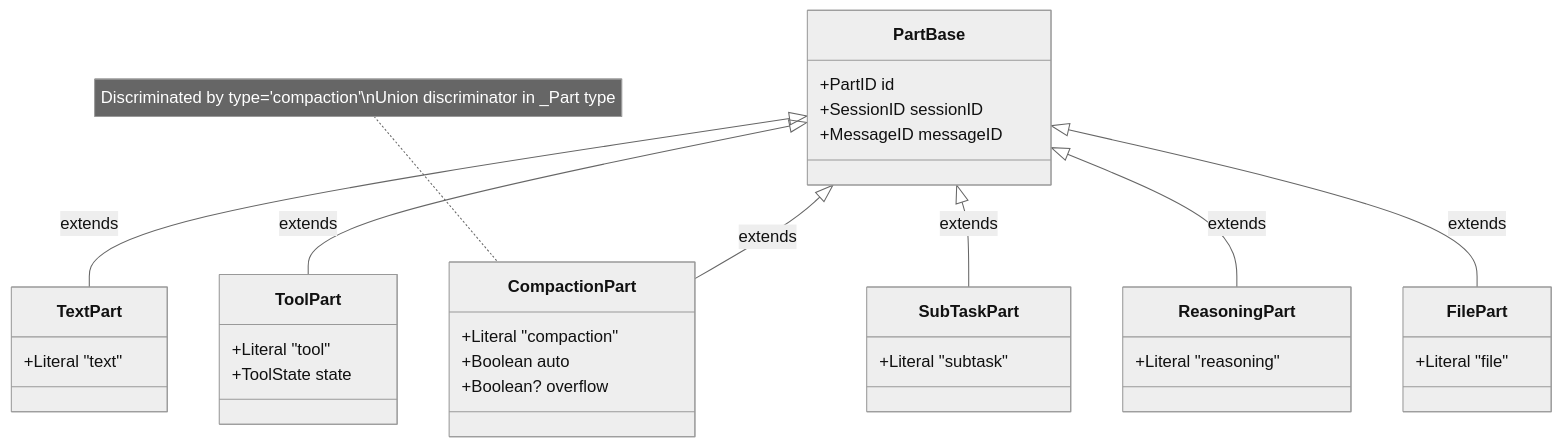
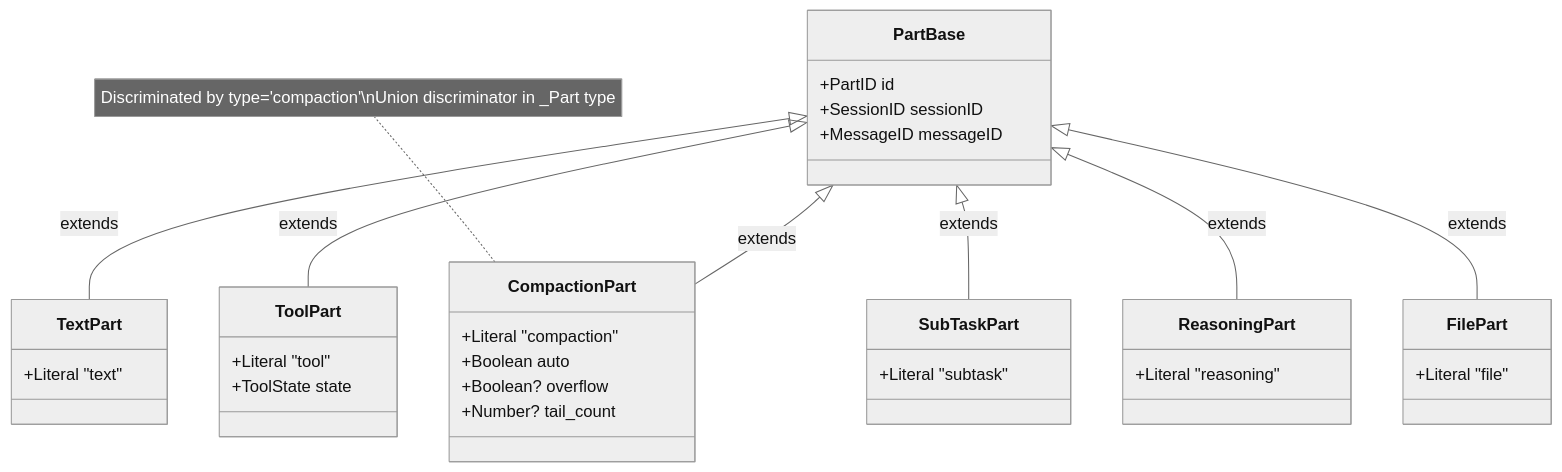
Before and after one commit to AlHeloween/opencode: the second of 8 diagrams in plans/20260612_compaction_schema_diagram.md, drawn with Mermaid (neutral theme). The commit also changed other lines of this file and 11 other files, not shown here.

First line of the commit message:
compaction: normal-flow integration, KV cache continuity

````diff
--- a/plans/20260612_compaction_schema_diagram.md
+++ b/plans/20260612_compaction_schema_diagram.md
@@ -48,38 +49,39 @@
 ```mermaid
 classDiagram
     class PartBase {
         +PartID id
         +SessionID sessionID
         +MessageID messageID
     }
     class TextPart {
         +Literal "text"
     }
     class ToolPart {
         +Literal "tool"
         +ToolState state
     }
     class CompactionPart {
         +Literal "compaction"
         +Boolean auto
         +Boolean? overflow
+        +Number? tail_count
     }
     class SubTaskPart {
         +Literal "subtask"
     }
     class ReasoningPart {
         +Literal "reasoning"
     }
     class FilePart {
         +Literal "file"
     }
 
     PartBase <|-- TextPart : extends
     PartBase <|-- ToolPart : extends
     PartBase <|-- CompactionPart : extends
     PartBase <|-- SubTaskPart : extends
     PartBase <|-- ReasoningPart : extends
     PartBase <|-- FilePart : extends
 
     note for CompactionPart "Discriminated by type='compaction'\nUnion discriminator in _Part type"
 ```
````
